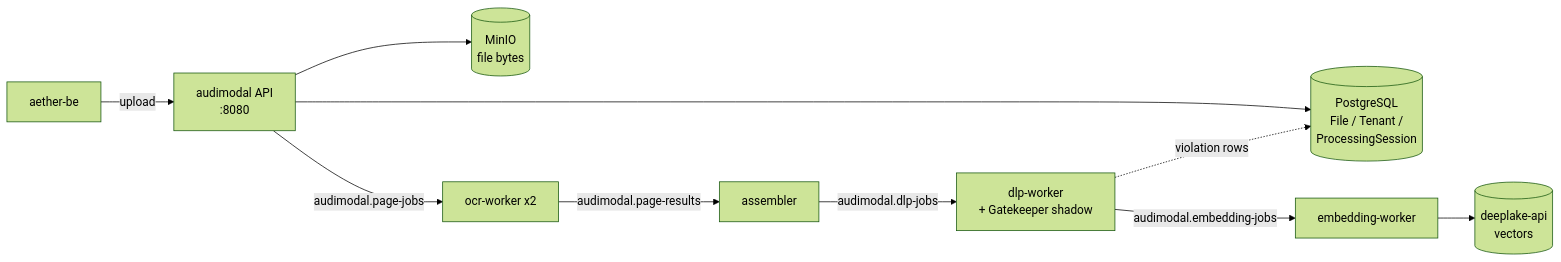
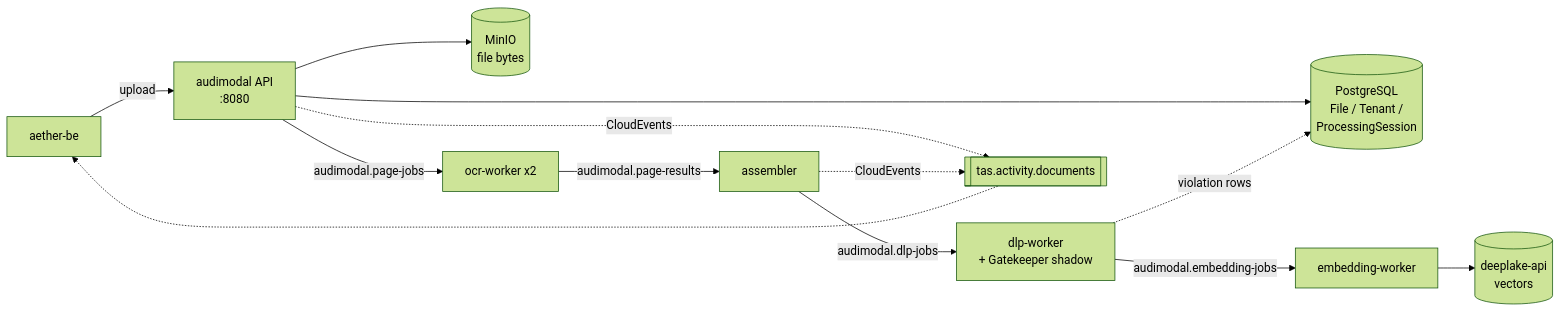
One commit to Tributary-ai-services/audimodal changed the diagram in README.md. Above: the diagram before and after it, drawn with Mermaid (forest theme). The commit also changed other lines of this file, not shown here.

````diff
--- a/README.md
+++ b/README.md
@@ -189,12 +196,15 @@
 ```mermaid
 flowchart LR
     A[aether-be] -->|upload| S[audimodal API<br/>:8080]
     S --> M[(MinIO<br/>file bytes)]
     S --> P[(PostgreSQL<br/>File / Tenant /<br/>ProcessingSession)]
     S -->|audimodal.page-jobs| O[ocr-worker x2]
     O -->|audimodal.page-results| AS[assembler]
     AS -->|audimodal.dlp-jobs| D[dlp-worker<br/>+ Gatekeeper shadow]
     D -->|audimodal.embedding-jobs| E[embedding-worker]
     E --> DL[(deeplake-api<br/>vectors)]
     D -.->|violation rows| P
+    S -.->|CloudEvents| T[[tas.activity.documents]]
+    AS -.->|CloudEvents| T
+    T -.-> A
 ```
````
